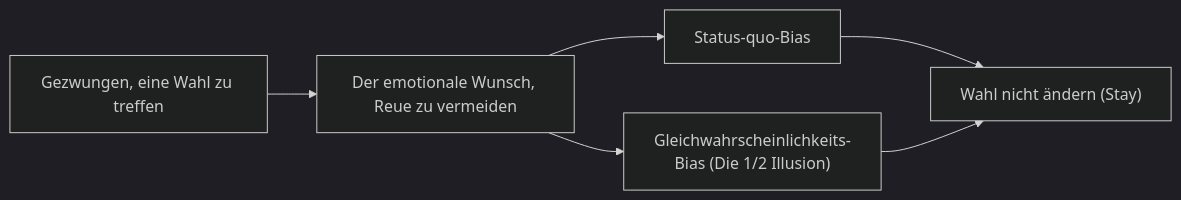
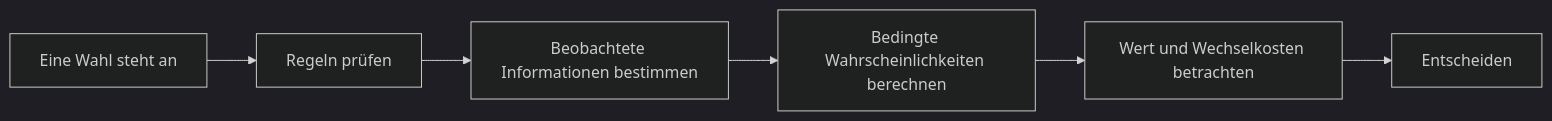
Before and after one commit to kenjinote/blog: the second of 2 diagrams in content/post/paradox-monty-hall-problem/index.de.md, drawn with Mermaid (dark theme). The commit also changed other lines of this file and 8 other files, not shown here.

````diff
--- a/content/post/paradox-monty-hall-problem/index.de.md
+++ b/content/post/paradox-monty-hall-problem/index.de.md
@@ -187,8 +164,8 @@
 ```mermaid
 flowchart LR
-    Situation["Gezwungen, eine Wahl zu treffen"] --> Feeling["Der emotionale Wunsch, Reue zu vermeiden"]
-    Feeling --> Bias1["Status-quo-Bias"]
-    Feeling --> Bias2["Gleichwahrscheinlichkeits-Bias (Die 1/2 Illusion)"]
-    Bias1 --> Conclusion["Wahl nicht ändern (Stay)"]
-    Bias2 --> Conclusion
+    Situation["Eine Wahl steht an"] --> Rules["Regeln prüfen"]
+    Rules --> Observation["Beobachtete Informationen bestimmen"]
+    Observation --> Posterior["Bedingte Wahrscheinlichkeiten berechnen"]
+    Posterior --> Utility["Wert und Wechselkosten betrachten"]
+    Utility --> Decision["Entscheiden"]
 ```
````
